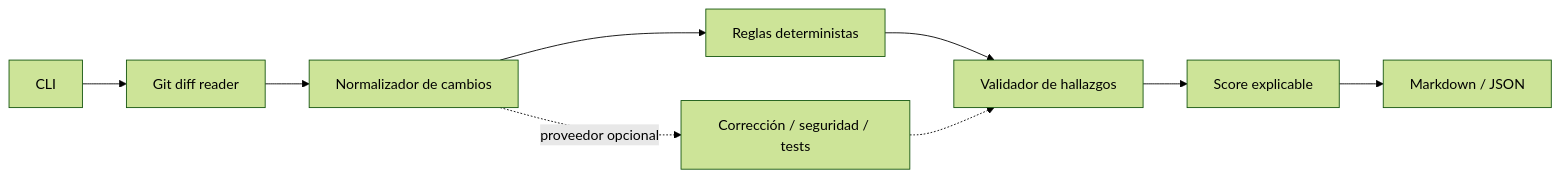
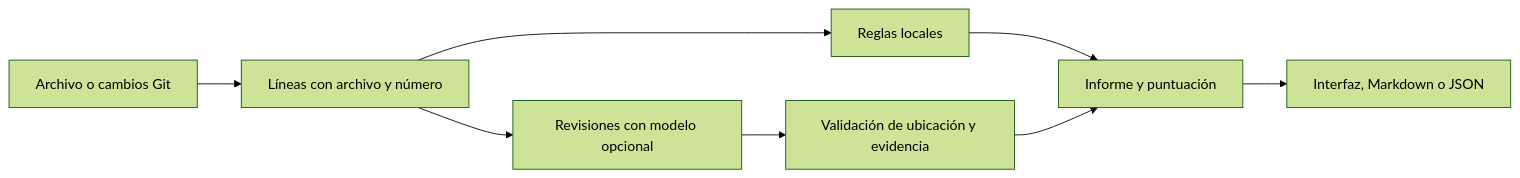
One commit to raulaitools-hub/pr-review-assistant changed the diagram in README.md. Above: the diagram before and after it, drawn with Mermaid (forest theme). The commit also changed other lines of this file and 11 other files, not shown here.

````diff
--- a/README.md
+++ b/README.md
@@ -47,11 +22,10 @@
 ```mermaid
 flowchart LR
-  A[CLI] --> B[Git diff reader]
-  B --> C[Normalizador de cambios]
-  C --> D[Reglas deterministas]
-  C -. proveedor opcional .-> E[Corrección / seguridad / tests]
-  D --> F[Validador de hallazgos]
-  E -.-> F
-  F --> G[Score explicable]
-  G --> H[Markdown / JSON]
+    A[Archivo o cambios Git] --> B[Líneas con archivo y número]
+    B --> C[Reglas locales]
+    B --> D[Revisiones con modelo opcional]
+    D --> E[Validación de ubicación y evidencia]
+    C --> F[Informe y puntuación]
+    E --> F
+    F --> G[Interfaz, Markdown o JSON]
 ```
````
